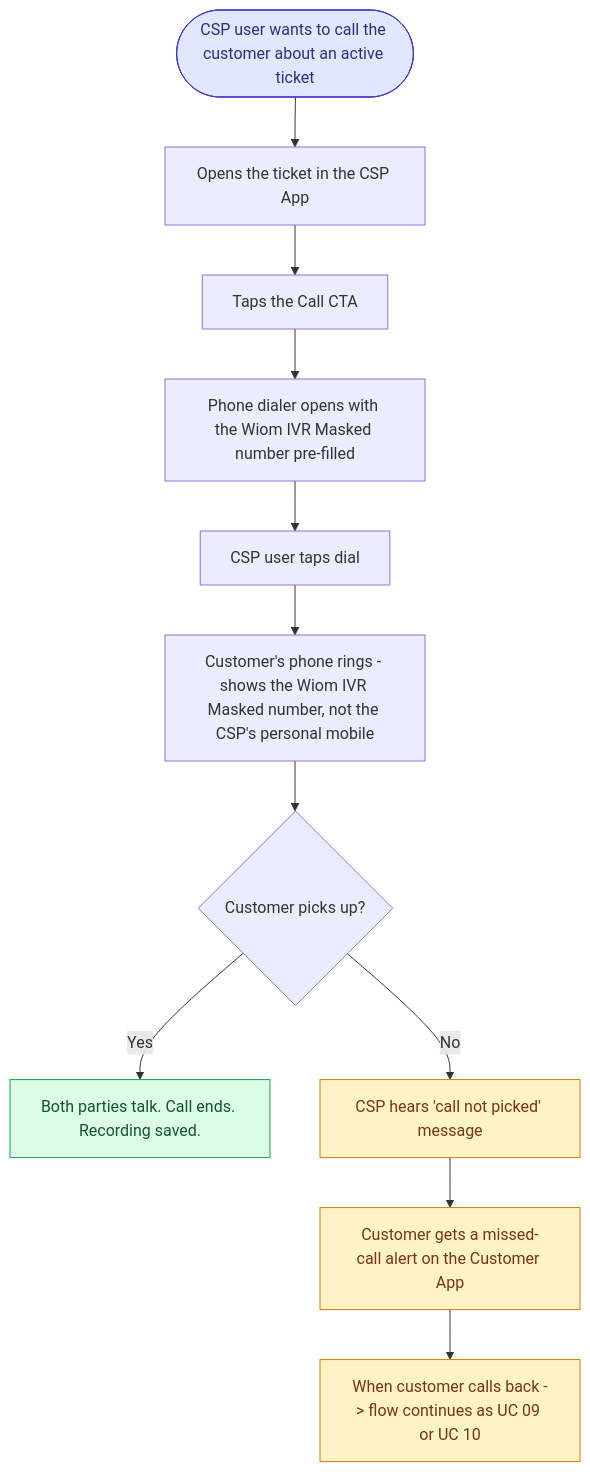
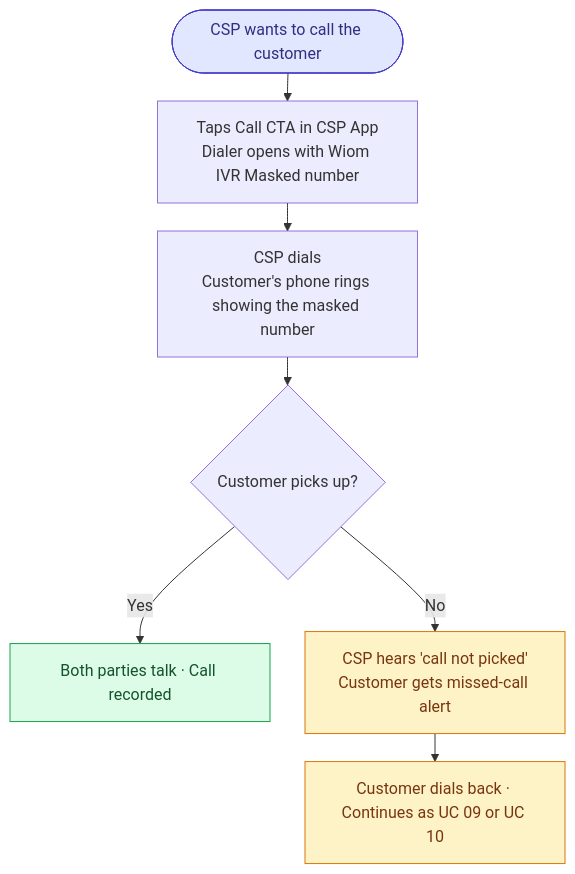
One commit to ashish-raj-wiom/IVR-Routing-Solutioning changed the diagram in diagrams/src/uc01.mmd. Above: the diagram before and after it, drawn with Mermaid. The commit also changed 2 other files, not shown here.

Commit message:
UC 01 flow: tighten (7 nodes, merged steps, line-breaks within nodes); cap CSS width at 540px

```diff
--- a/diagrams/src/uc01.mmd
+++ b/diagrams/src/uc01.mmd
@@ -1,18 +1,15 @@
+%%{init: {'theme':'default', 'flowchart': {'nodeSpacing': 35, 'rankSpacing': 28}}}%%
 flowchart TD
-    Start([CSP user wants to call the customer about an active ticket]) --> Open[Opens the ticket in the CSP App]
-    Open --> Tap[Taps the Call CTA]
-    Tap --> Dialer[Phone dialer opens with the Wiom IVR Masked number pre-filled]
-    Dialer --> Dial[CSP user taps dial]
-    Dial --> Ring[Customer's phone rings - shows the Wiom IVR Masked number, not the CSP's personal mobile]
-    Ring --> Pick{Customer picks up?}
-    Pick -->|Yes| Connect[Both parties talk. Call ends. Recording saved.]
-    Pick -->|No| Audio[CSP hears 'call not picked' message]
-    Audio --> Notif[Customer gets a missed-call alert on the Customer App]
-    Notif --> Followup[When customer calls back -> flow continues as UC 09 or UC 10]
+    Start([CSP wants to call the customer]) --> Tap[Taps Call CTA in CSP App<br/>Dialer opens with Wiom IVR Masked number]
+    Tap --> Dial[CSP dials<br/>Customer's phone rings showing the masked number]
+    Dial --> Pick{Customer picks up?}
+    Pick -->|Yes| Connect[Both parties talk · Call recorded]
+    Pick -->|No| Missed[CSP hears 'call not picked'<br/>Customer gets missed-call alert]
+    Missed --> Next[Customer dials back · Continues as UC 09 or UC 10]
 
     classDef start fill:#e0e7ff,stroke:#4338ca,color:#312e81
     classDef good fill:#dcfce7,stroke:#16a34a,color:#14532d
     classDef neutral fill:#fef3c7,stroke:#d97706,color:#78350f
     class Start start
     class Connect good
-    class Audio,Notif,Followup neutral
+    class Missed,Next neutral
```
